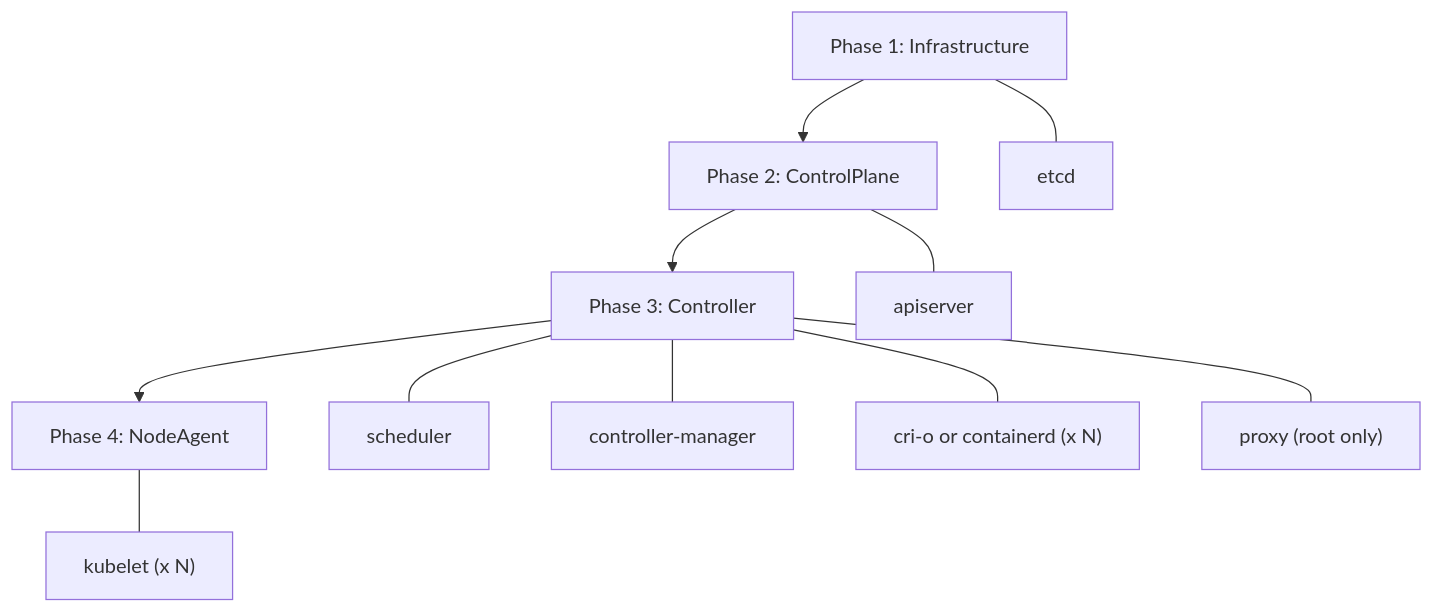
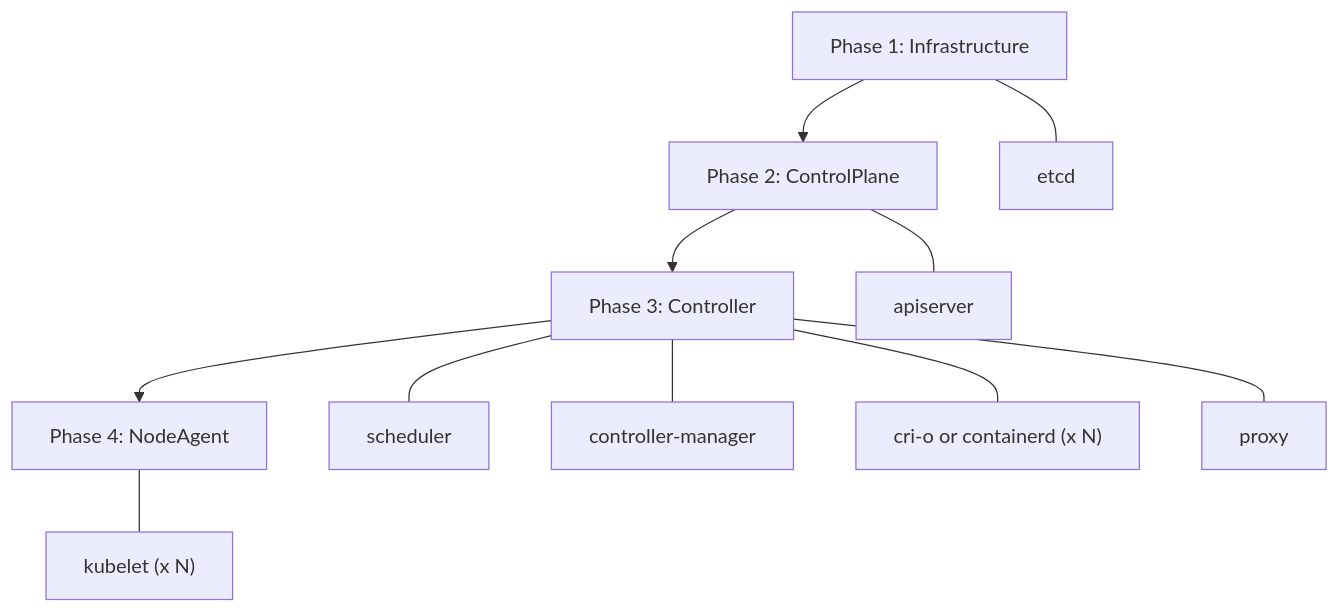
The diagram in README.md (saschagrunert/kubernix), drawn with Mermaid before and after one commit. The commit also changed other lines of this file and 13 other files, not shown here.

````diff
--- a/README.md
+++ b/README.md
@@ -76,11 +77,11 @@
 ```mermaid
 graph TD
     A["Phase 1: Infrastructure"] --> B["Phase 2: ControlPlane"]
     B --> C["Phase 3: Controller"]
     C --> D["Phase 4: NodeAgent"]
 
     A --- etcd
     B --- apiserver
-    C --- scheduler & controller-manager & cri["cri-o or containerd (x N)"] & proxy["proxy (root only)"]
+    C --- scheduler & controller-manager & cri["cri-o or containerd (x N)"] & proxy
     D --- kubelet["kubelet (x N)"]
 ```
````
